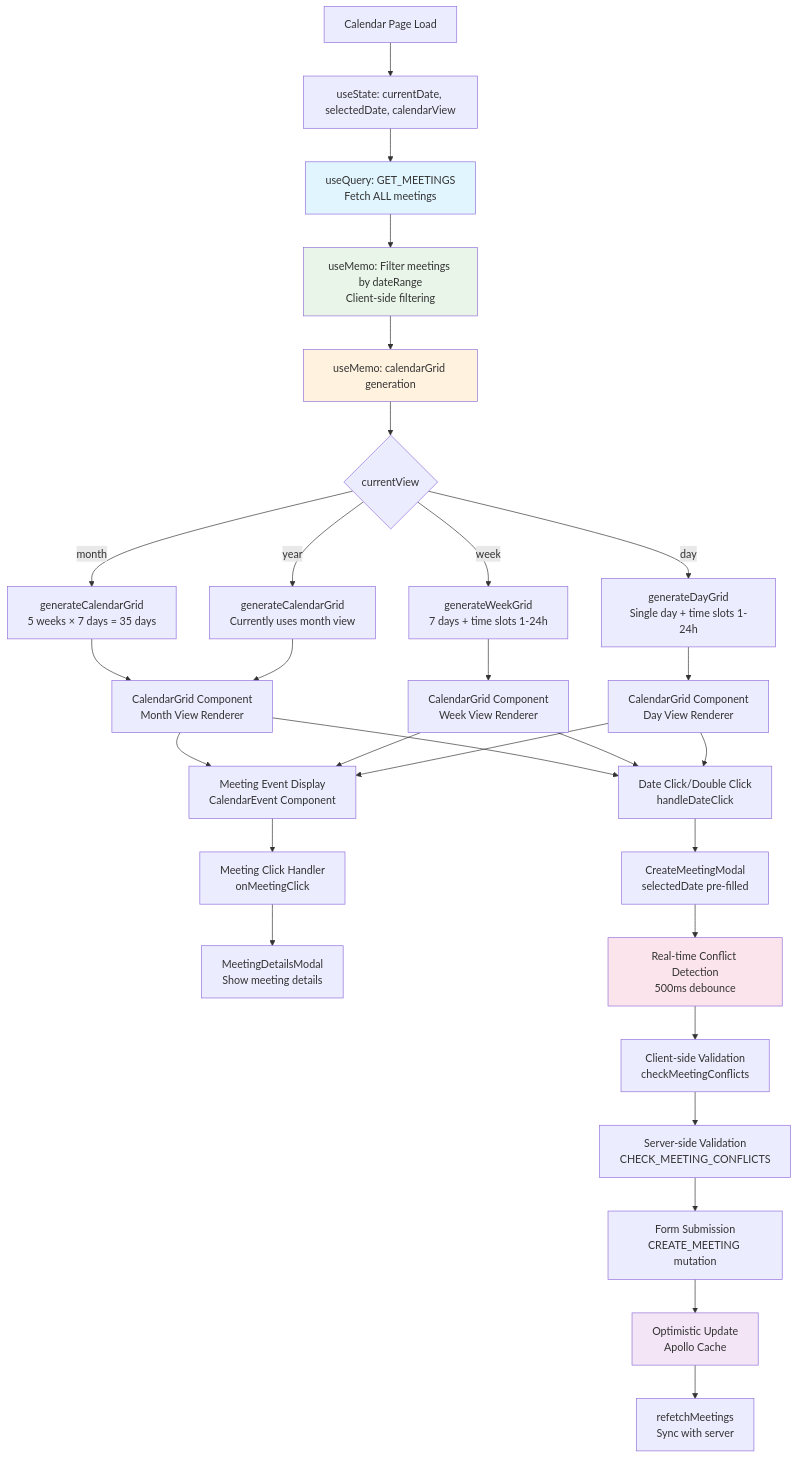
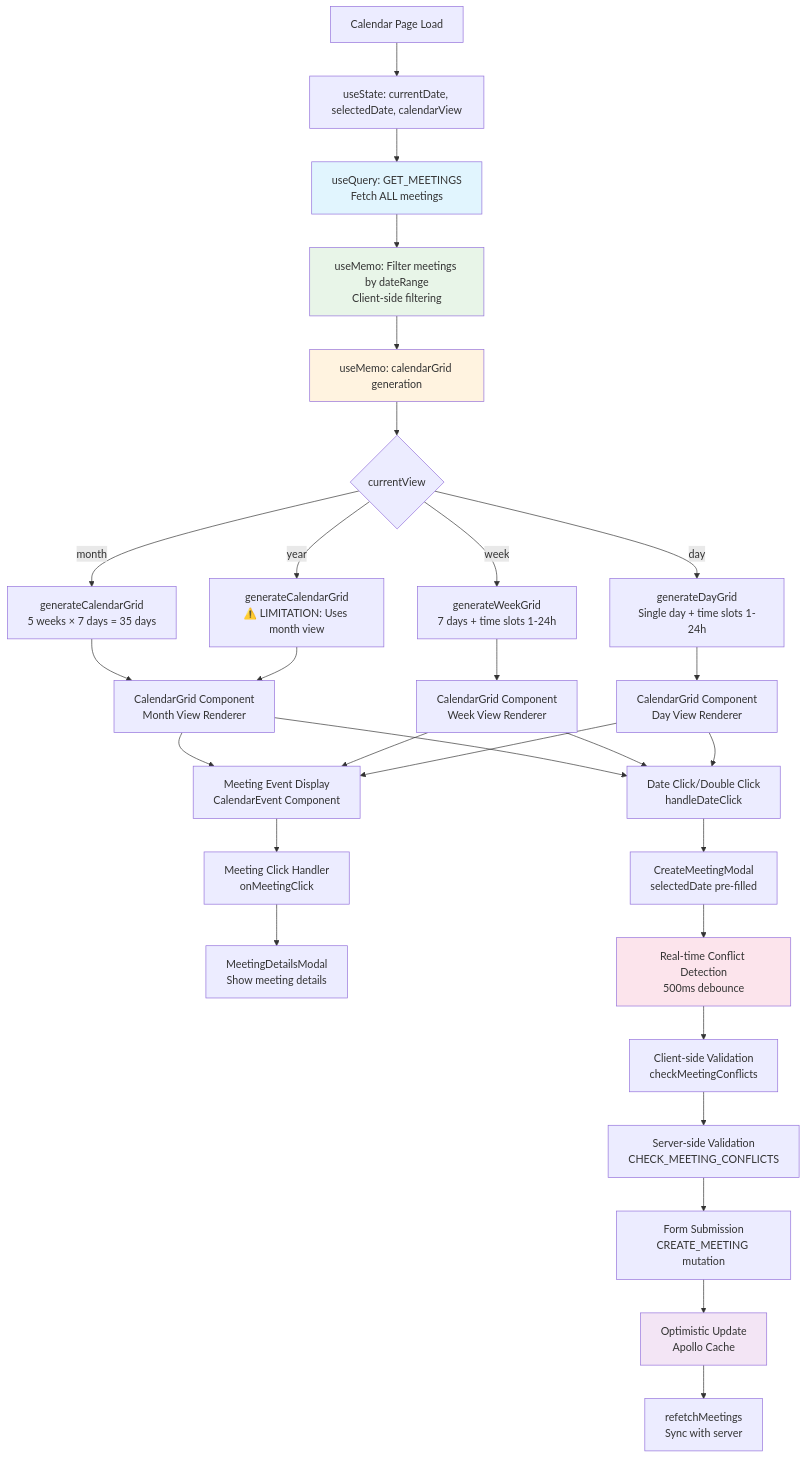
Before and after one commit to wakidurrahman/meeting-schedule-apps: the first of 8 diagrams in docs/MEETING_SCHEDULER_IMPLEMENTATION.md, drawn with Mermaid. The commit also changed other lines of this file, not shown here.

````diff
--- a/docs/MEETING_SCHEDULER_IMPLEMENTATION.md
+++ b/docs/MEETING_SCHEDULER_IMPLEMENTATION.md
@@ -948,47 +895,47 @@
 ```mermaid
 graph TD
     %% Client-Side Initialization
     A[Calendar Page Load] --> B["useState: currentDate, selectedDate, calendarView"]
     B --> C["useQuery: GET_MEETINGS<br/>Fetch ALL meetings"]
     C --> D["useMemo: Filter meetings by dateRange<br/>Client-side filtering"]
 
     %% Calendar Grid Generation
     D --> E["useMemo: calendarGrid generation"]
     E --> F{currentView}
     F -->|month| G["generateCalendarGrid<br/>5 weeks × 7 days = 35 days"]
     F -->|week| H["generateWeekGrid<br/>7 days + time slots 1-24h"]
     F -->|day| I["generateDayGrid<br/>Single day + time slots 1-24h"]
-    F -->|year| J["generateCalendarGrid<br/>Currently uses month view"]
+    F -->|year| J["generateCalendarGrid<br/>⚠️ LIMITATION: Uses month view"]
 
     %% Grid Processing
     G --> K["CalendarGrid Component<br/>Month View Renderer"]
     H --> L["CalendarGrid Component<br/>Week View Renderer"]
     I --> M["CalendarGrid Component<br/>Day View Renderer"]
     J --> K
 
     %% Meeting Event Handling
     K --> N["Meeting Event Display<br/>CalendarEvent Component"]
     L --> N
     M --> N
     N --> O["Meeting Click Handler<br/>onMeetingClick"]
     O --> P["MeetingDetailsModal<br/>Show meeting details"]
 
     %% Meeting Creation Flow
     K --> Q["Date Click/Double Click<br/>handleDateClick"]
     L --> Q
     M --> Q
     Q --> R["CreateMeetingModal<br/>selectedDate pre-filled"]
     R --> S["Real-time Conflict Detection<br/>500ms debounce"]
     S --> T["Client-side Validation<br/>checkMeetingConflicts"]
     T --> U["Server-side Validation<br/>CHECK_MEETING_CONFLICTS"]
     U --> V["Form Submission<br/>CREATE_MEETING mutation"]
     V --> W["Optimistic Update<br/>Apollo Cache"]
     W --> X["refetchMeetings<br/>Sync with server"]
 
     %% Performance Optimizations
     style C fill:#e1f5fe
     style D fill:#e8f5e8
     style E fill:#fff3e0
     style S fill:#fce4ec
     style W fill:#f3e5f5
 ```
````
